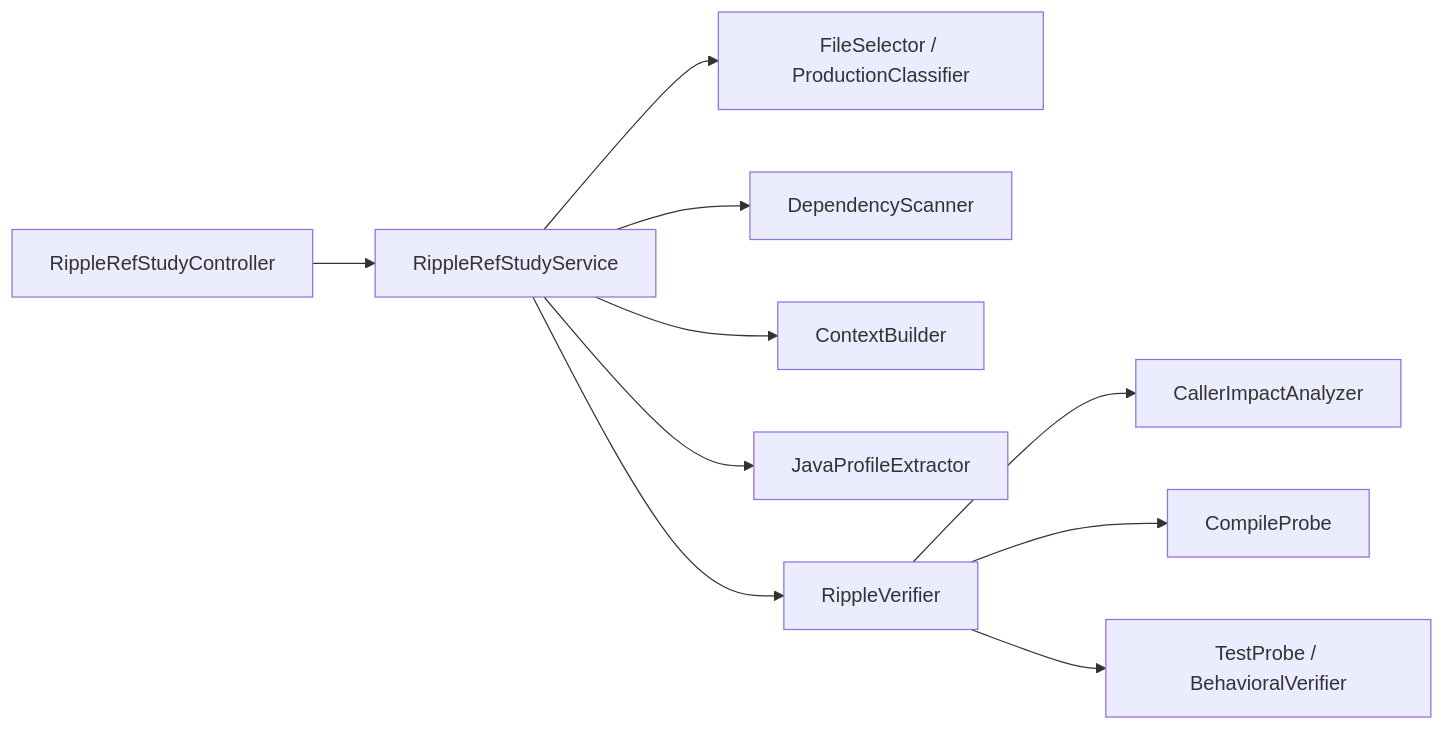
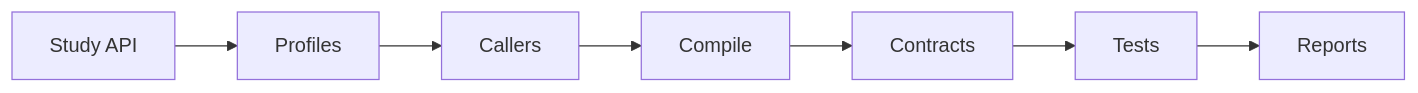
One commit to ResearchAnonymized/RippleRef changed the first of 2 diagrams in wiki/Architecture.md. Above: the diagram before and after it, drawn with Mermaid. The commit also changed other lines of this file and 3 other files, not shown here.

First line of the commit message:
Replace tall Mermaid architecture with a clear horizontal diagram.

````diff
--- a/wiki/Architecture.md
+++ b/wiki/Architecture.md
@@ -49,12 +30,9 @@
 ```mermaid
 flowchart LR
-  CTRL[RippleRefStudyController] --> SVC[RippleRefStudyService]
-  SVC --> SEL[FileSelector / ProductionClassifier]
-  SVC --> SCAN[DependencyScanner]
-  SVC --> CTX[ContextBuilder]
-  SVC --> EXT[JavaProfileExtractor]
-  SVC --> VER[RippleVerifier]
-  VER --> L2[CallerImpactAnalyzer]
-  VER --> L3[CompileProbe]
-  VER --> L5[TestProbe / BehavioralVerifier]
+  API[Study API] --> EXT[Profiles]
+  EXT --> L2[Callers]
+  L2 --> L3[Compile]
+  L3 --> L4[Contracts]
+  L4 --> L5[Tests]
+  L5 --> OUT[Reports]
 ```
````
